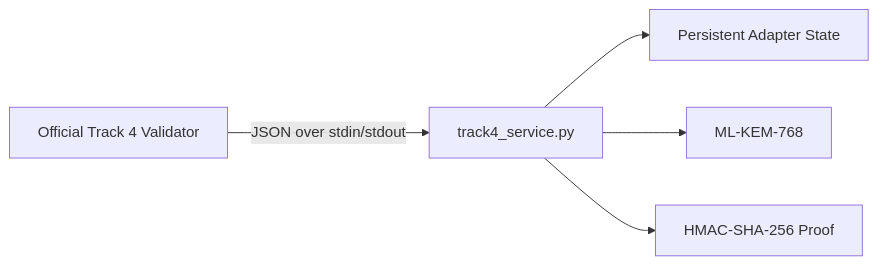
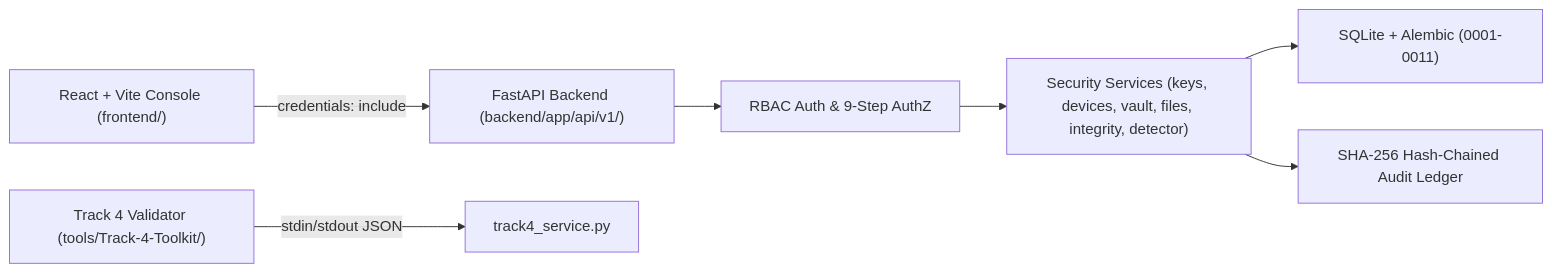
Before and after one commit to ADHARV-S-RAVI/Team-Jarvis: the diagram in README.md, drawn with Mermaid. The commit also changed other lines of this file and 32 other files, not shown here.

Commit message:
feat(auth): implement RBAC authentication, Windows Hello passkey login, and updated docs

````diff
--- a/README.md
+++ b/README.md
@@ -122,13 +66,9 @@
 ```mermaid
 flowchart LR
-    Validator["Official Track 4 Validator"]
-    Adapter["track4_service.py"]
-    State["Persistent Adapter State"]
-    KEM["ML-KEM-768"]
-    Proof["HMAC-SHA-256 Proof"]
-
-    Validator -->|"JSON over stdin/stdout"| Adapter
-    Adapter --> State
-    Adapter --> KEM
-    Adapter --> Proof
+  UI["React + Vite Console (frontend/)"] -->|credentials: include| API["FastAPI Backend (backend/app/api/v1/)"]
+  API --> Auth["RBAC Auth & 9-Step AuthZ"]
+  Auth --> Services["Security Services (keys, devices, vault, files, integrity, detector)"]
+  Services --> DB["SQLite + Alembic (0001-0011)"]
+  Services --> Audit["SHA-256 Hash-Chained Audit Ledger"]
+  Toolkit["Track 4 Validator (tools/Track-4-Toolkit/)"] -->|stdin/stdout JSON| Adapter["track4_service.py"]
 ```
````
